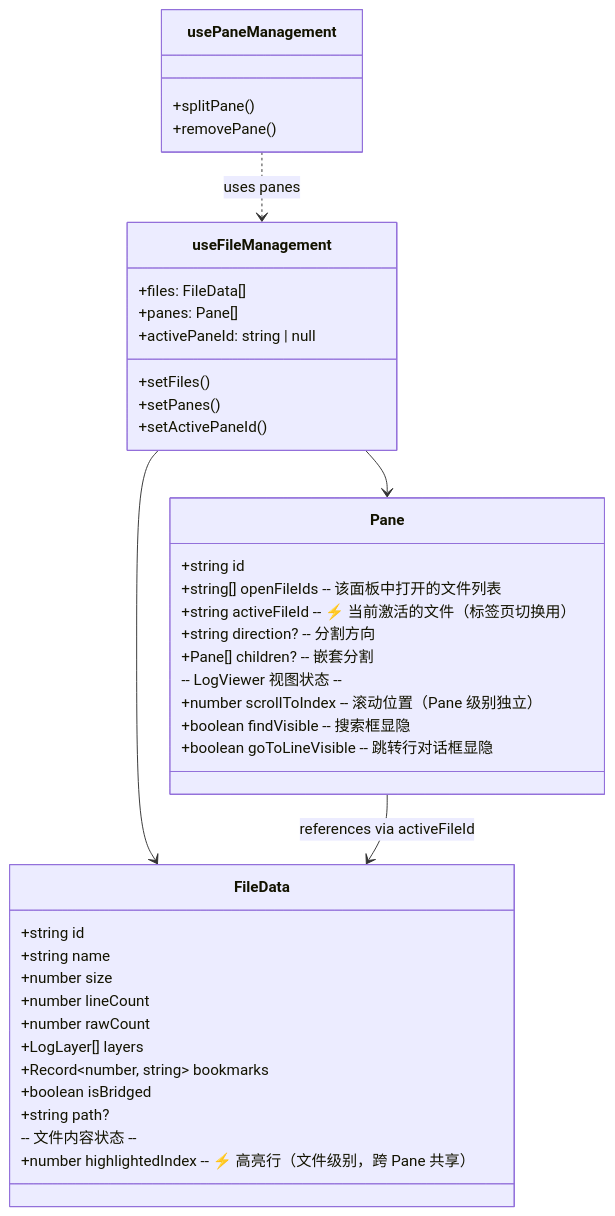
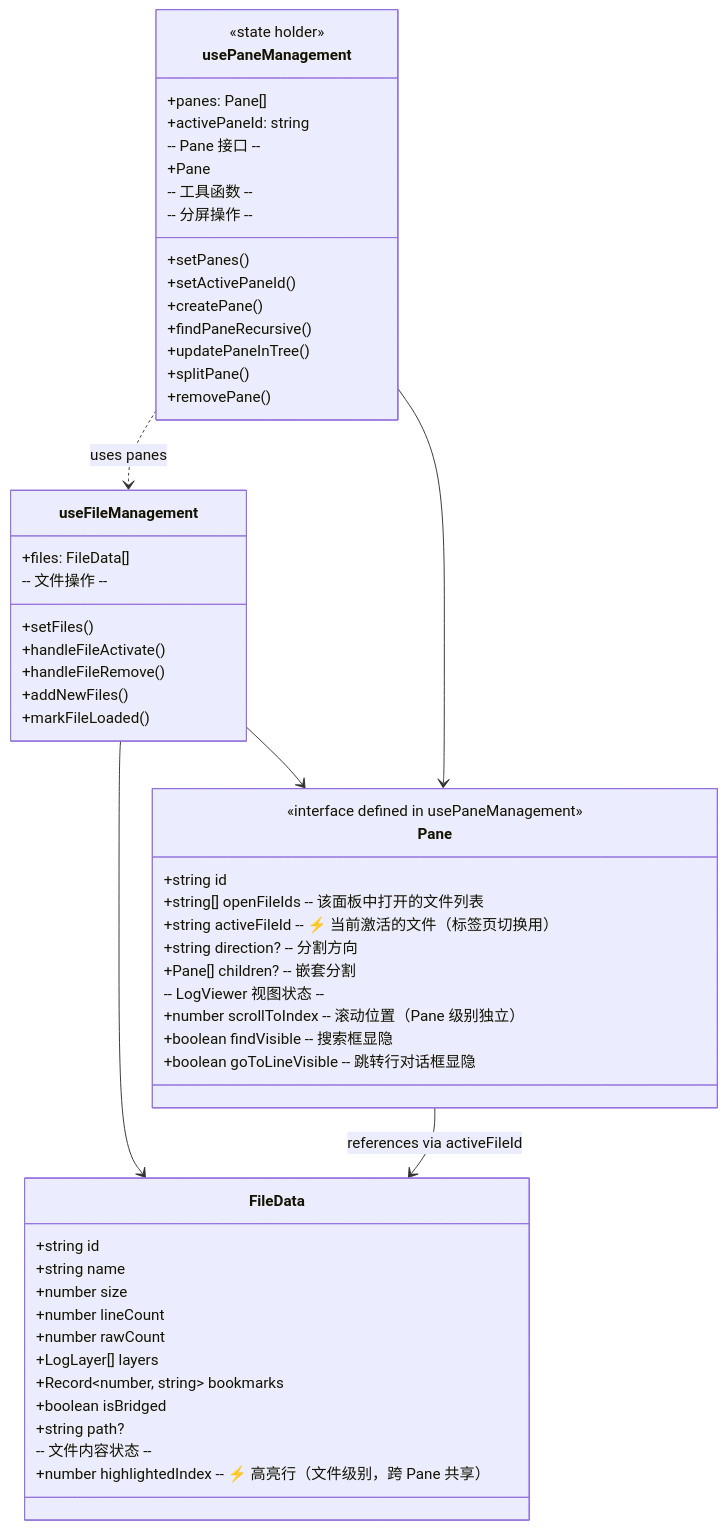
One commit to qmjianda/loglayer changed diagram 12 of 27 in megatron_mermaid.md. Above: the diagram before and after it, drawn with Mermaid. The commit also changed other lines of this file and 63 other files, not shown here.

````diff
--- a/megatron_mermaid.md
+++ b/megatron_mermaid.md
@@ -672,47 +809,62 @@
 ```mermaid
 classDiagram
     class useFileManagement {
         +files: FileData[]
-        +panes: Pane[]
-        +activePaneId: string | null
         +setFiles()
-        +setPanes()
-        +setActivePaneId()
+        -- 文件操作 --
+        +handleFileActivate()
+        +handleFileRemove()
+        +addNewFiles()
+        +markFileLoaded()
     }
     
     class usePaneManagement {
+        <<state holder>>
+        +panes: Pane[]
+        +activePaneId: string
+        +setPanes()
+        +setActivePaneId()
+        -- Pane 接口 --
+        +Pane
+        +createPane()
+        -- 工具函数 --
+        +findPaneRecursive()
+        +updatePaneInTree()
+        -- 分屏操作 --
         +splitPane()
         +removePane()
     }
     
     class FileData {
         +string id
         +string name
         +number size
         +number lineCount
         +number rawCount
         +LogLayer[] layers
         +Record~number, string~ bookmarks
         +boolean isBridged
         +string path?
         -- 文件内容状态 --
         +number highlightedIndex    -- ⚡ 高亮行（文件级别，跨 Pane 共享）
     }
     
     class Pane {
+        <<interface defined in usePaneManagement>>
         +string id
         +string[] openFileIds        -- 该面板中打开的文件列表
         +string activeFileId         -- ⚡ 当前激活的文件（标签页切换用）
         +string direction?           -- 分割方向
         +Pane[] children?            -- 嵌套分割
         -- LogViewer 视图状态 --
         +number scrollToIndex       -- 滚动位置（Pane 级别独立）
         +boolean findVisible        -- 搜索框显隐
         +boolean goToLineVisible    -- 跳转行对话框显隐
     }
     
     useFileManagement --> FileData
     useFileManagement --> Pane
+    usePaneManagement --> Pane
     usePaneManagement ..> useFileManagement : uses panes
     Pane --> FileData : references via activeFileId
 ```
````
